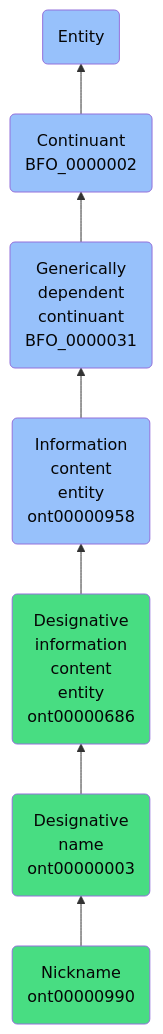
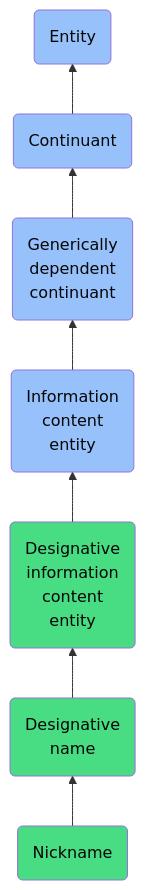
The diagram in docs/ontology/reference/model/Entity/Continuant/Generically dependent continuant/Information content entity/Designative information content entity/Designative name/Nickname/Nickname.md (jupyter-naas/abi), drawn with Mermaid before and after one commit. The commit also changed other lines of this file and 1430 other files, not shown here.

````diff
--- a/docs/ontology/reference/model/Entity/Continuant/Generically dependent continuant/Information content entity/Designative information content entity/Designative name/Nickname/Nickname.md
+++ b/docs/ontology/reference/model/Entity/Continuant/Generically dependent continuant/Information content entity/Designative information content entity/Designative name/Nickname/Nickname.md
@@ -24,14 +24,14 @@
 ```mermaid
 graph BT
-    ont00000990(Nickname<br>ont00000990):::ABI-->ont00000003
-    ont00000003(Designative<br>name<br>ont00000003):::ABI-->ont00000686
-    ont00000686(Designative<br>information<br>content<br>entity<br>ont00000686):::ABI-->ont00000958
-    ont00000958(Information<br>content<br>entity<br>ont00000958):::BFO-->BFO_0000031
-    BFO_0000031(Generically<br>dependent<br>continuant<br>BFO_0000031):::BFO-->BFO_0000002
-    BFO_0000002(Continuant<br>BFO_0000002):::BFO-->BFO_0000001
+    ont00000990(Nickname):::ABI-->ont00000003
+    ont00000003(Designative<br>name):::ABI-->ont00000686
+    ont00000686(Designative<br>information<br>content<br>entity):::ABI-->ont00000958
+    ont00000958(Information<br>content<br>entity):::BFO-->BFO_0000031
+    BFO_0000031(Generically<br>dependent<br>continuant):::BFO-->BFO_0000002
+    BFO_0000002(Continuant):::BFO-->BFO_0000001
     BFO_0000001(Entity):::BFO
     
     classDef BFO fill:#97c1fb,color:#060606
     classDef CCO fill:#e4c51e,color:#060606
     classDef ABI fill:#48DD82,color:#060606
 ```
````
